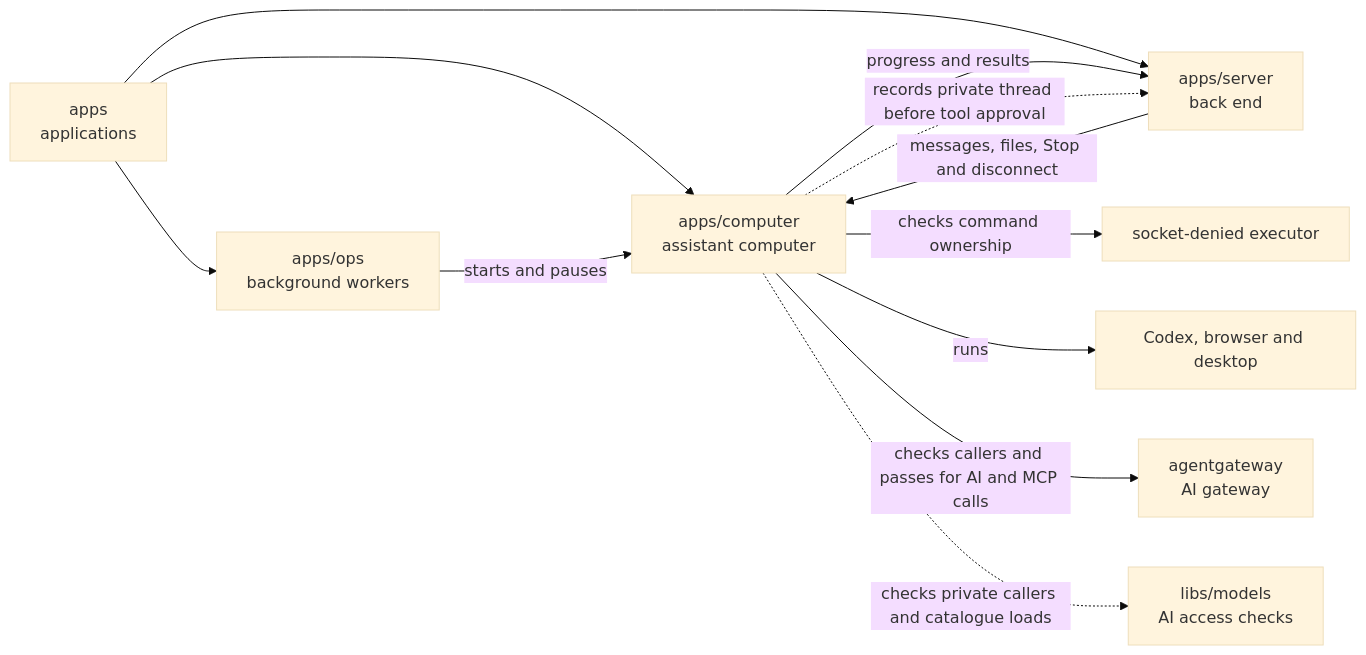
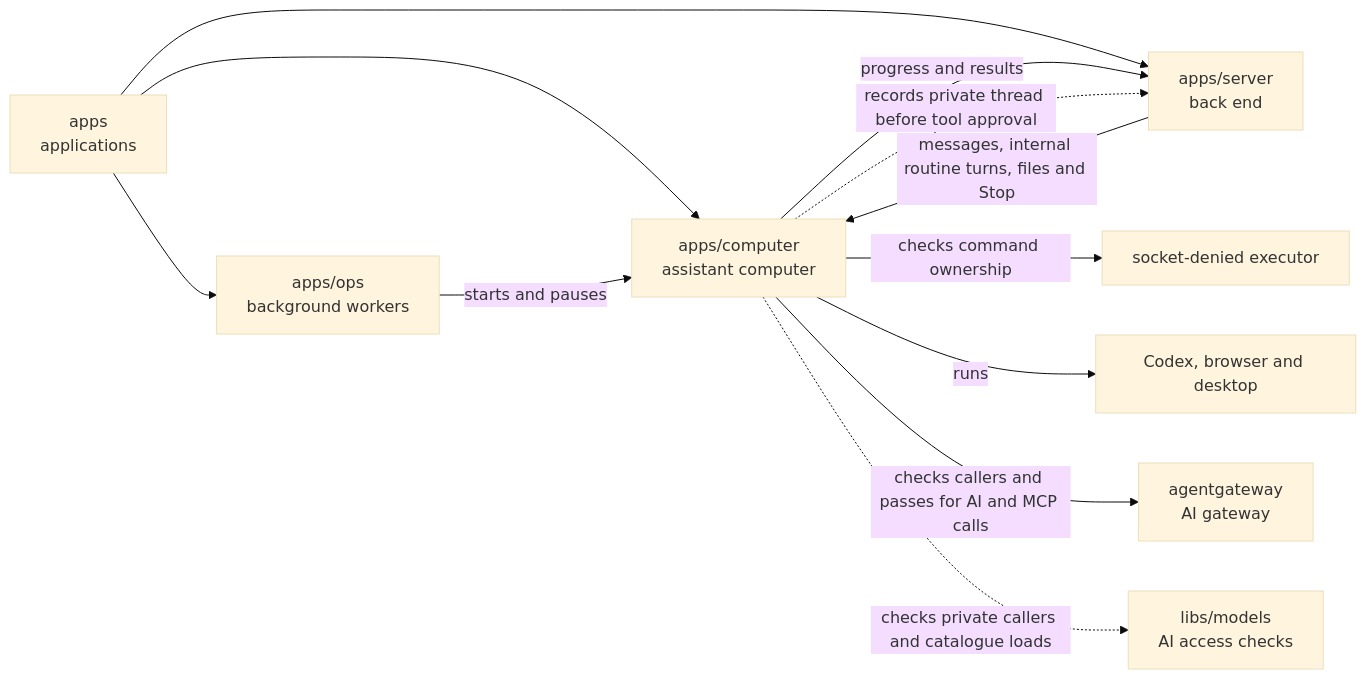
One commit to elewa-git/opencrane-new changed the diagram in apps/computer/README.md. Above: the diagram before and after it, drawn with Mermaid (base theme). The commit also changed other lines of this file and 19 other files, not shown here.

First line of the commit message:
⏱️ An admitted routine is handed to its computer once, re-checked after the start is saved, and unaffected by unrelated activity (#775)

````diff
--- a/apps/computer/README.md
+++ b/apps/computer/README.md
@@ -16,14 +16,14 @@
 ```mermaid
 flowchart LR
   apps["apps<br/>applications"] --> computer["apps/computer<br/>assistant computer"]
   apps --> ops["apps/ops<br/>background workers"]
   apps --> server["apps/server<br/>back end"]
   ops -->|starts and pauses| computer
-  server -->|messages, files, Stop and disconnect| computer
+  server -->|messages, internal routine turns, files and Stop| computer
   computer -->|progress and results| server
   computer -.->|records private thread before tool approval| server
   computer -->|checks command ownership| executor["socket-denied executor"]
   computer -->|runs| desktop["Codex, browser and desktop"]
   computer -->|checks callers and passes for AI and MCP calls| gateway["agentgateway<br/>AI gateway"]
   computer -.->|checks private callers and catalogue loads| models["libs/models<br/>AI access checks"]
 ```
````
